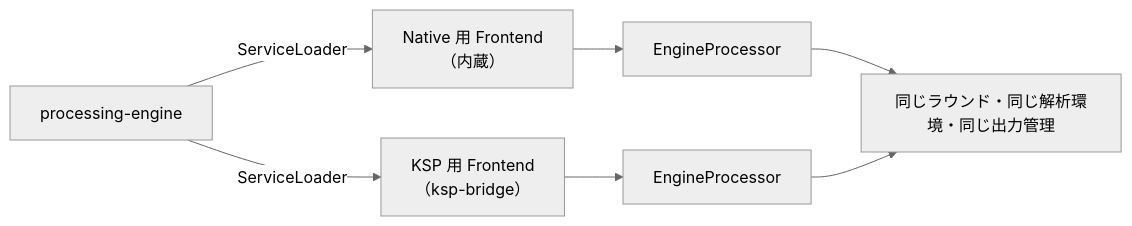
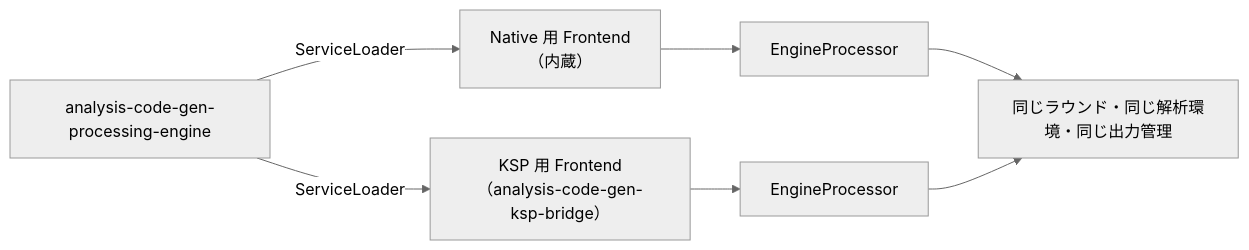
The diagram in docs/site/src/content/docs/internal/ksp-bridge.mdx (TBSten/analysis-code-gen), drawn with Mermaid (neutral theme) before and after one commit. The commit also changed other lines of this file and 169 other files, not shown here.

First line of the commit message:
chore: プロダクトモジュールを analysis-code-gen-xxx・group me.tbsten.analysis.code.gen に改名 [ACG-51]

````diff
--- a/docs/site/src/content/docs/internal/ksp-bridge.mdx
+++ b/docs/site/src/content/docs/internal/ksp-bridge.mdx
@@ -18,9 +18,9 @@
 ```mermaid
 flowchart LR
-    E["processing-engine"] -->|"ServiceLoader"| F1["Native 用 Frontend<br/>（内蔵）"]
-    E -->|"ServiceLoader"| F2["KSP 用 Frontend<br/>（ksp-bridge）"]
+    E["analysis-code-gen-processing-engine"] -->|"ServiceLoader"| F1["Native 用 Frontend<br/>（内蔵）"]
+    E -->|"ServiceLoader"| F2["KSP 用 Frontend<br/>（analysis-code-gen-ksp-bridge）"]
     F1 --> P1["EngineProcessor"]
     F2 --> P2["EngineProcessor"]
     P1 --> R["同じラウンド・同じ解析環境・同じ出力管理"]
     P2 --> R
 ```
````
